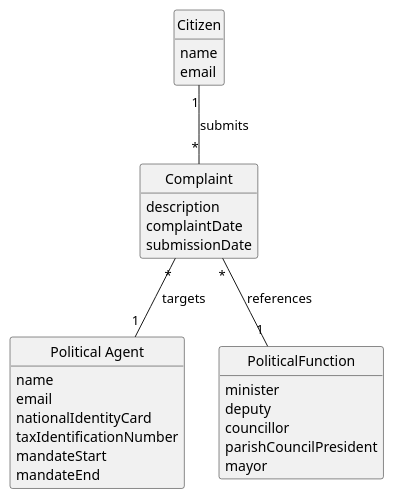
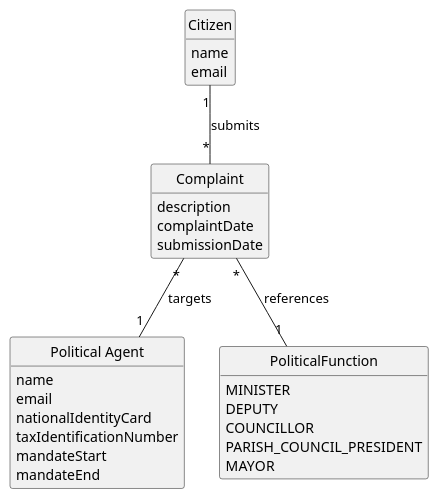
The diagram in docs/system-documentation/US12/02.analysis/puml/US12-DM.puml (brunodspinto/crystal-clear-platform), drawn with PlantUML before and after one commit. The commit also changed 18 other files, not shown here.

```diff
--- a/docs/system-documentation/US12/02.analysis/puml/US12-DM.puml
+++ b/docs/system-documentation/US12/02.analysis/puml/US12-DM.puml
@@ -1,42 +1,42 @@
 @startuml US12-DM
 skinparam monochrome true
 skinparam packageStyle rectangle
 skinparam shadowing false
 skinparam classAttributeIconSize 0
 
 hide circle
 hide methods
 
 class Citizen {
     name
     email
 }
 
 class "Political Agent" as PoliticalAgent {
     name
     email
     nationalIdentityCard
     taxIdentificationNumber
     mandateStart
     mandateEnd
 }
 
 class Complaint {
     description
     complaintDate
     submissionDate
 }
 
 enum PoliticalFunction {
-    minister
-    deputy
-    councillor
-    parishCouncilPresident
-    mayor
+    MINISTER
+    DEPUTY
+    COUNCILLOR
+    PARISH_COUNCIL_PRESIDENT
+    MAYOR
 }
 
 Citizen "1" -- "*" Complaint : submits
 Complaint "*" -- "1" PoliticalAgent : targets
 Complaint "*" -- "1" PoliticalFunction : references
 
 @enduml
```
